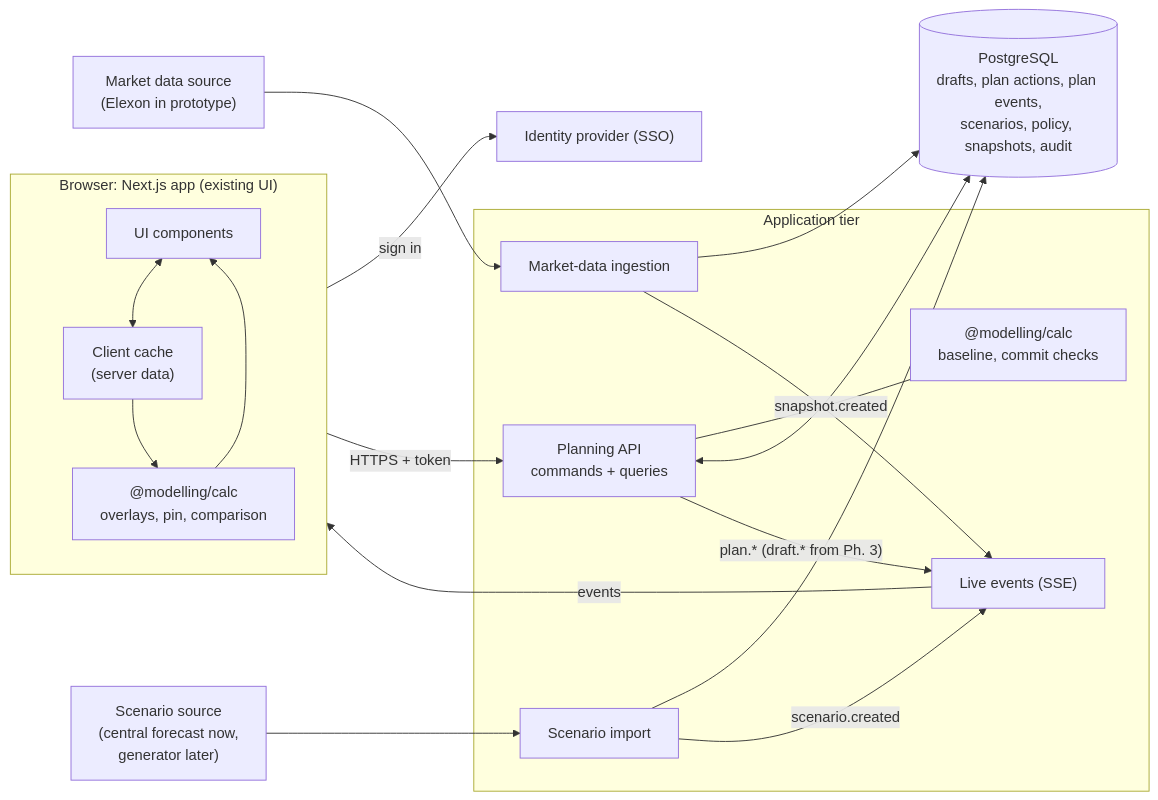
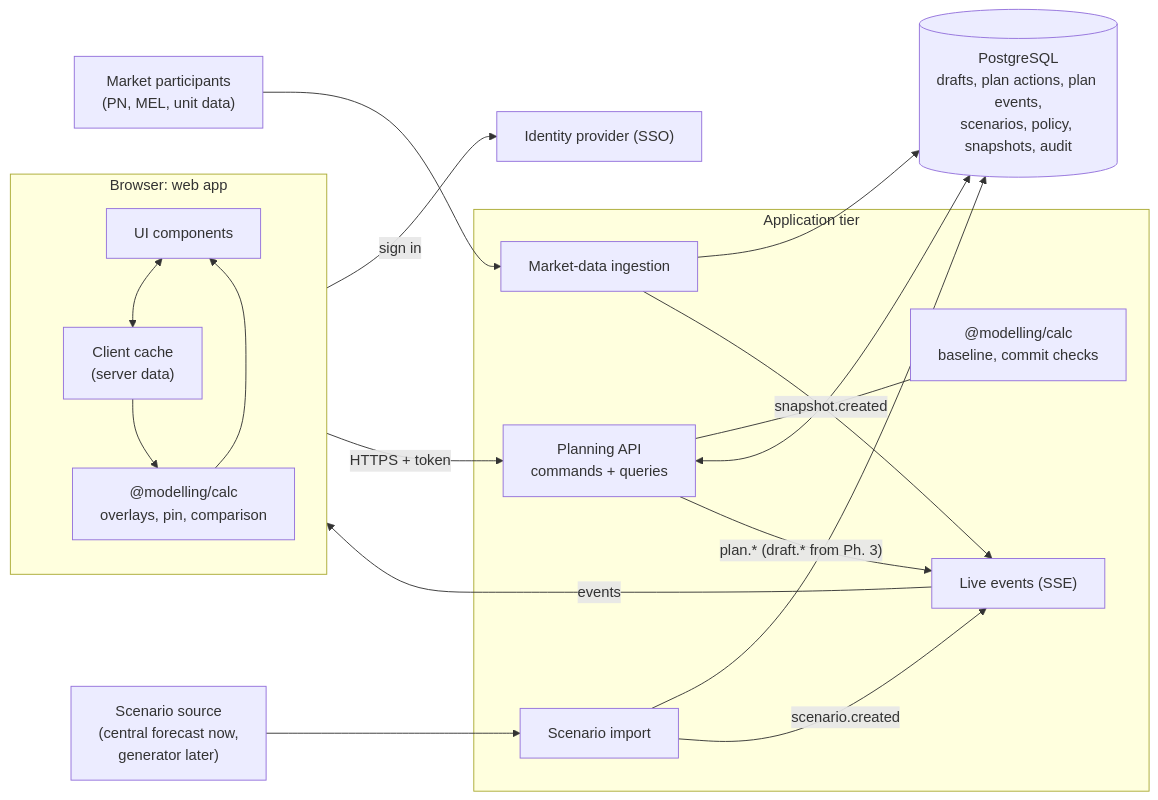
The second of 4 diagrams in Docs/drafts-architecture.md (WeirdSailor/modeling-framework), drawn with Mermaid before and after one commit. The commit also changed other lines of this file and 1 other file, not shown here.

First line of the commit message:
docs: focus drafts architecture on Phase 1 and beyond

````diff
--- a/Docs/drafts-architecture.md
+++ b/Docs/drafts-architecture.md
@@ -905,32 +715,32 @@
 ```mermaid
 flowchart LR
-  subgraph Client["Browser: Next.js app (existing UI)"]
+  subgraph Client["Browser: web app"]
     UI["UI components"]
     Cache["Client cache<br/>(server data)"]
     Calc1["@modelling/calc<br/>overlays, pin, comparison"]
     UI <--> Cache --> Calc1 --> UI
   end
   IdP["Identity provider (SSO)"]
   subgraph Server["Application tier"]
     API["Planning API<br/>commands + queries"]
     RT["Live events (SSE)"]
     Calc2["@modelling/calc<br/>baseline, commit checks"]
     Ingest["Market-data ingestion"]
     ScIn["Scenario import"]
     API --- Calc2
   end
   DB[("PostgreSQL<br/>drafts, plan actions, plan events,<br/>scenarios, policy, snapshots, audit")]
-  Feed["Market data source<br/>(Elexon in prototype)"]
+  Feed["Market participants<br/>(PN, MEL, unit data)"]
   Gen["Scenario source<br/>(central forecast now,<br/>generator later)"]
   Client -- "sign in" --> IdP
   Client -- "HTTPS + token" --> API
   RT -- "events" --> Client
   API <--> DB
   Ingest --> DB
   ScIn --> DB
   Ingest -- "snapshot.created" --> RT
   ScIn -- "scenario.created" --> RT
   API -- "plan.* (draft.* from Ph. 3)" --> RT
   Feed --> Ingest
   Gen --> ScIn
 ```
````
